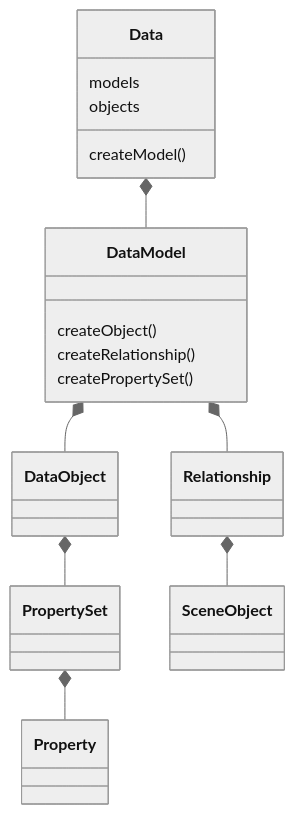
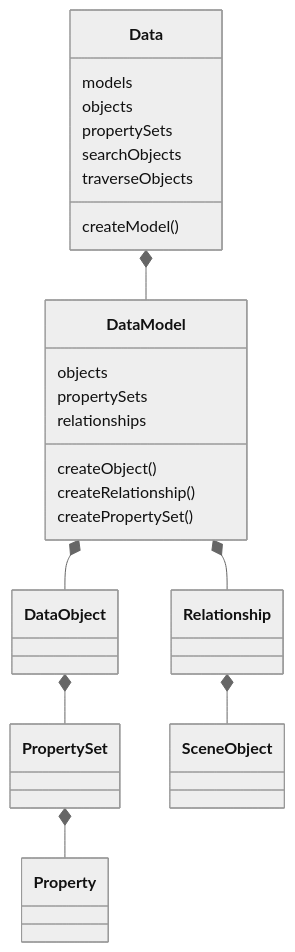
One commit to xeokit/sdk changed the second of 3 diagrams in README.md. Above: the diagram before and after it, drawn with Mermaid (neutral theme).

````diff
--- a/README.md
+++ b/README.md
@@ -80,15 +80,21 @@
 ```mermaid
 classDiagram
     Data *-- DataModel
     Data : createModel()
     Data : models
     Data : objects
+    Data : propertySets
     DataModel *-- DataObject
     DataObject *-- PropertySet
     PropertySet *-- Property
     Relationship *-- SceneObject
     DataModel *-- Relationship
     DataModel : createObject()
     DataModel : createRelationship()
     DataModel : createPropertySet()
+    DataModel : objects
+    DataModel : propertySets
+    DataModel : relationships
+    Data : searchObjects
+    Data : traverseObjects
 ```
````
